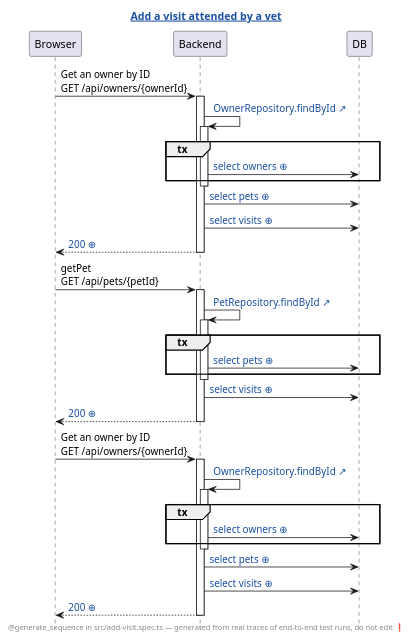
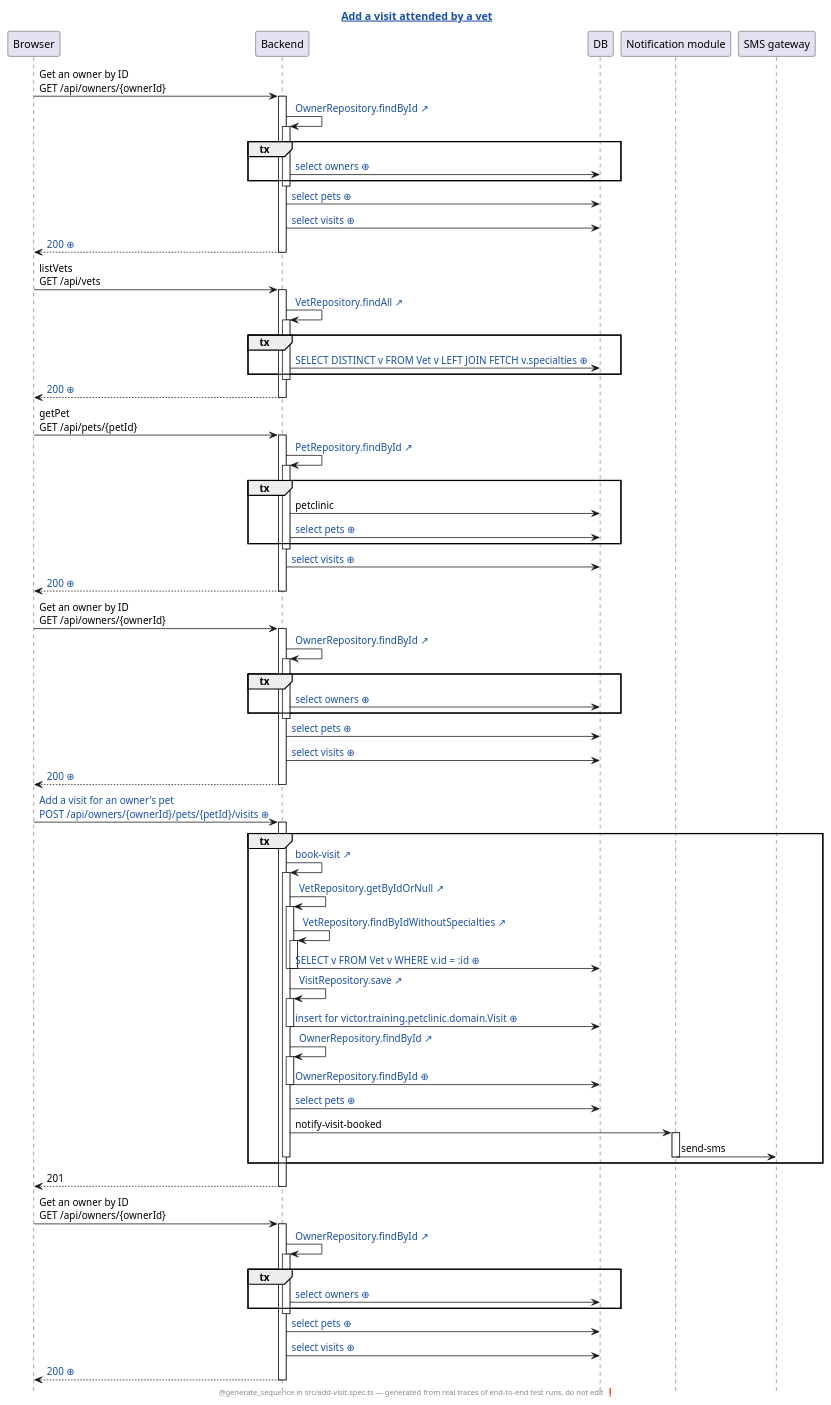
Before and after one commit to victorrentea/petclinic: the diagram in petclinic-test/generated/add-visit.spec.ts.add-a-visit-attended-by-a-vet.genseq.puml, drawn with PlantUML. The commit also changed 9 other files, not shown here.

Commit message:
Redraw the book-visit sequences with the Notification module as its own participant

```diff
--- a/petclinic-test/generated/add-visit.spec.ts.add-a-visit-attended-by-a-vet.genseq.puml
+++ b/petclinic-test/generated/add-visit.spec.ts.add-a-visit-attended-by-a-vet.genseq.puml
@@ -1,46 +1,100 @@
 @startuml
 ' ⚠️  GENERATED FILE — DO NOT EDIT. Every edit is lost on the next run.
 hide footbox
 skinparam hyperlinkUnderline false
 skinparam hyperlinkColor #1A4FA0
 title [[src://petclinic-test/src/add-visit.spec.ts:52{Click to open the test} Add a visit attended by a vet]]
 footer @generate_sequence in src/add-visit.spec.ts — generated from real traces of end-to-end test runs, do not edit ❗
 participant Browser
 participant Backend
 participant DB
+participant "Notification module"
+participant "SMS gateway"
 Browser -> Backend: Get an owner by ID\nGET /api/owners/{ownerId}
 activate Backend
 Backend -> Backend: [[src://petclinic-backend/src/main/java/victor/training/petclinic/repository/OwnerRepository.java:14{Click to open OwnerRepository.findById} OwnerRepository.findById ↗]]
 activate Backend
 group tx
 Backend -> DB: [[genseq://0x8aana{Click for the statement behind this call} select owners ⊕]]
 end
 deactivate Backend
 Backend -> DB: [[genseq://18567ho{Click for the statement behind this call} select pets ⊕]]
-Backend -> DB: [[genseq://13apewa{Click for the statement behind this call} select visits ⊕]]
+Backend -> DB: [[genseq://1eq1h2q{Click for the statement behind this call} select visits ⊕]]
 Backend --> Browser: [[genseq://0tvg3tn{Click for this call’s JSON body} 200 ⊕]]
+deactivate Backend
+Browser -> Backend: listVets\nGET /api/vets
+activate Backend
+Backend -> Backend: [[src://petclinic-backend/src/main/java/victor/training/petclinic/repository/VetRepository.java:13{Click to open VetRepository.findAll} VetRepository.findAll ↗]]
+activate Backend
+group tx
+Backend -> DB: [[genseq://0p6yxbc{Click for the statement behind this call} SELECT DISTINCT v FROM Vet v LEFT JOIN FETCH v.specialties ⊕]]
+end
+deactivate Backend
+Backend --> Browser: [[genseq://1nmg2oo{Click for this call’s JSON body} 200 ⊕]]
 deactivate Backend
 Browser -> Backend: getPet\nGET /api/pets/{petId}
 activate Backend
 Backend -> Backend: [[src://petclinic-backend/src/main/java/victor/training/petclinic/repository/PetRepository.java:16{Click to open PetRepository.findById} PetRepository.findById ↗]]
 activate Backend
 group tx
+Backend -> DB: petclinic
 Backend -> DB: [[genseq://0y7w2ps{Click for the statement behind this call} select pets ⊕]]
 end
 deactivate Backend
-Backend -> DB: [[genseq://13apewa{Click for the statement behind this call} select visits ⊕]]
+Backend -> DB: [[genseq://1eq1h2q{Click for the statement behind this call} select visits ⊕]]
 Backend --> Browser: [[genseq://0ts0dcp{Click for this call’s JSON body} 200 ⊕]]
 deactivate Backend
 Browser -> Backend: Get an owner by ID\nGET /api/owners/{ownerId}
 activate Backend
 Backend -> Backend: [[src://petclinic-backend/src/main/java/victor/training/petclinic/repository/OwnerRepository.java:14{Click to open OwnerRepository.findById} OwnerRepository.findById ↗]]
 activate Backend
 group tx
 Backend -> DB: [[genseq://0x8aana{Click for the statement behind this call} select owners ⊕]]
 end
 deactivate Backend
 Backend -> DB: [[genseq://18567ho{Click for the statement behind this call} select pets ⊕]]
-Backend -> DB: [[genseq://13apewa{Click for the statement behind this call} select visits ⊕]]
+Backend -> DB: [[genseq://1eq1h2q{Click for the statement behind this call} select visits ⊕]]
 Backend --> Browser: [[genseq://0tvg3tn{Click for this call’s JSON body} 200 ⊕]]
 deactivate Backend
+Browser -> Backend: [[genseq://1g8n7aj{Click for this call’s JSON body} Add a visit for an owner's pet\nPOST /api/owners/{ownerId}/pets/{petId}/visits ⊕]]
+activate Backend
+group tx
+Backend -> Backend: [[src://petclinic-backend/src/main/java/victor/training/petclinic/rest/OwnerRestController.java:198{Click to open OwnerRestController.bookVisit} book-visit ↗]]
+activate Backend
+Backend -> Backend: [[src://petclinic-backend/src/main/java/victor/training/petclinic/repository/VetRepository.java:29{Click to open VetRepository.getByIdOrNull} VetRepository.getByIdOrNull ↗]]
+activate Backend
+Backend -> Backend: [[src://petclinic-backend/src/main/java/victor/training/petclinic/repository/VetRepository.java:20{Click to open VetRepository.findByIdWithoutSpecialties} VetRepository.findByIdWithoutSpecialties ↗]]
+activate Backend
+Backend -> DB: [[genseq://0exss5m{Click for the statement behind this call} SELECT v FROM Vet v WHERE v.id = :id ⊕]]
+deactivate Backend
+deactivate Backend
+Backend -> Backend: [[src://petclinic-backend/src/main/java/victor/training/petclinic/repository/VisitRepository.java:14{Click to open VisitRepository.save} VisitRepository.save ↗]]
+activate Backend
+Backend -> DB: [[genseq://1nngwt3{Click for the statement behind this call} insert for victor.training.petclinic.domain.Visit ⊕]]
+deactivate Backend
+Backend -> Backend: [[src://petclinic-backend/src/main/java/victor/training/petclinic/repository/OwnerRepository.java:14{Click to open OwnerRepository.findById} OwnerRepository.findById ↗]]
+activate Backend
+Backend -> DB: [[genseq://1y42tra{Click for the statement behind this call} OwnerRepository.findById ⊕]]
+deactivate Backend
+Backend -> DB: [[genseq://18567ho{Click for the statement behind this call} select pets ⊕]]
+Backend -> "Notification module": notify-visit-booked
+activate "Notification module"
+"Notification module" -> "SMS gateway": send-sms
+deactivate "Notification module"
+deactivate Backend
+end
+Backend --> Browser: 201
+deactivate Backend
+Browser -> Backend: Get an owner by ID\nGET /api/owners/{ownerId}
+activate Backend
+Backend -> Backend: [[src://petclinic-backend/src/main/java/victor/training/petclinic/repository/OwnerRepository.java:14{Click to open OwnerRepository.findById} OwnerRepository.findById ↗]]
+activate Backend
+group tx
+Backend -> DB: [[genseq://0x8aana{Click for the statement behind this call} select owners ⊕]]
+end
+deactivate Backend
+Backend -> DB: [[genseq://18567ho{Click for the statement behind this call} select pets ⊕]]
+Backend -> DB: [[genseq://1eq1h2q{Click for the statement behind this call} select visits ⊕]]
+Backend --> Browser: [[genseq://1s39g32{Click for this call’s JSON body} 200 ⊕]]
+deactivate Backend
 @enduml
```
